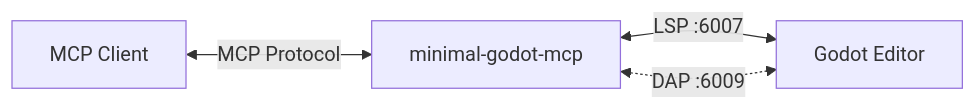
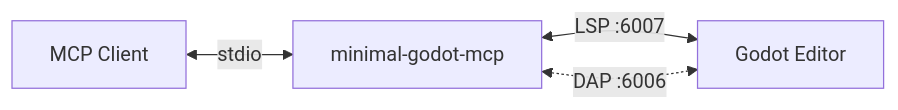
The diagram in README.md (ryanmazzolini/minimal-godot-mcp), drawn with Mermaid before and after one commit. The commit also changed other lines of this file, not shown here.

Commit message:
docs: fix DAP port in architecture diagram

````diff
--- a/README.md
+++ b/README.md
@@ -182,6 +182,6 @@
 ```mermaid
 flowchart LR
-    MCP[MCP Client] <-->|MCP Protocol| Server[minimal-godot-mcp]
+    MCP[MCP Client] <-->|stdio| Server[minimal-godot-mcp]
     Server <-->|LSP :6007| Godot[Godot Editor]
-    Server <-.->|DAP :6009| Godot
+    Server <-.->|DAP :6006| Godot
 ```
````
